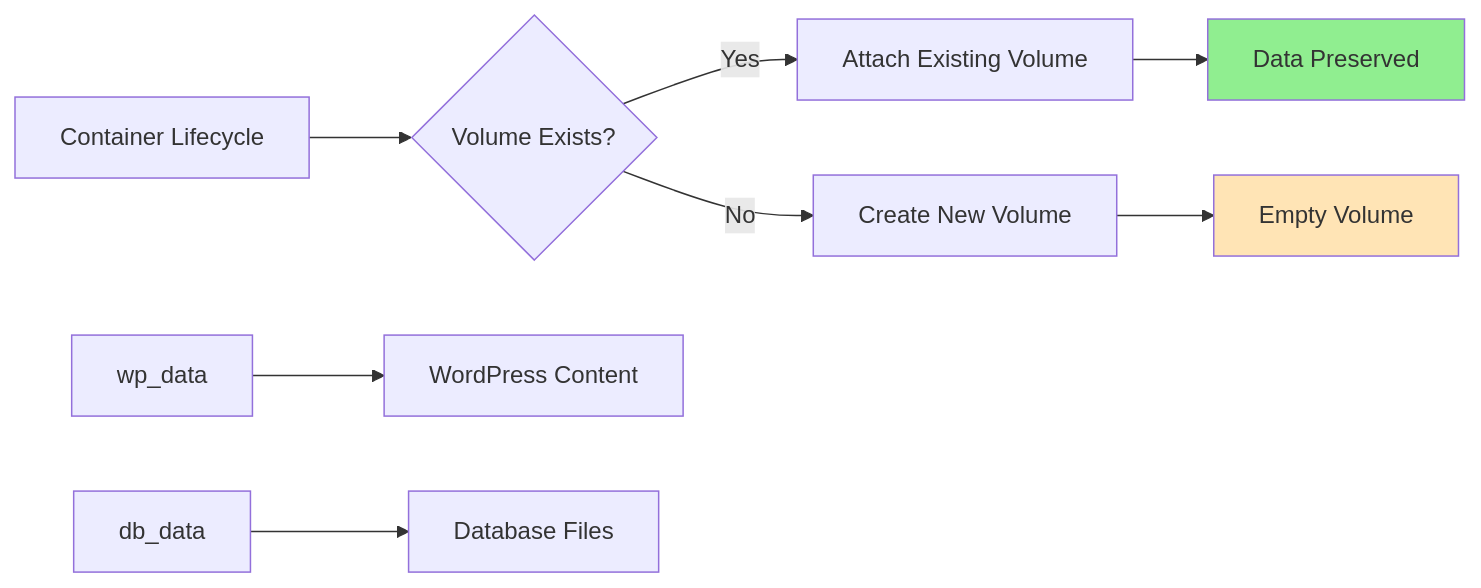
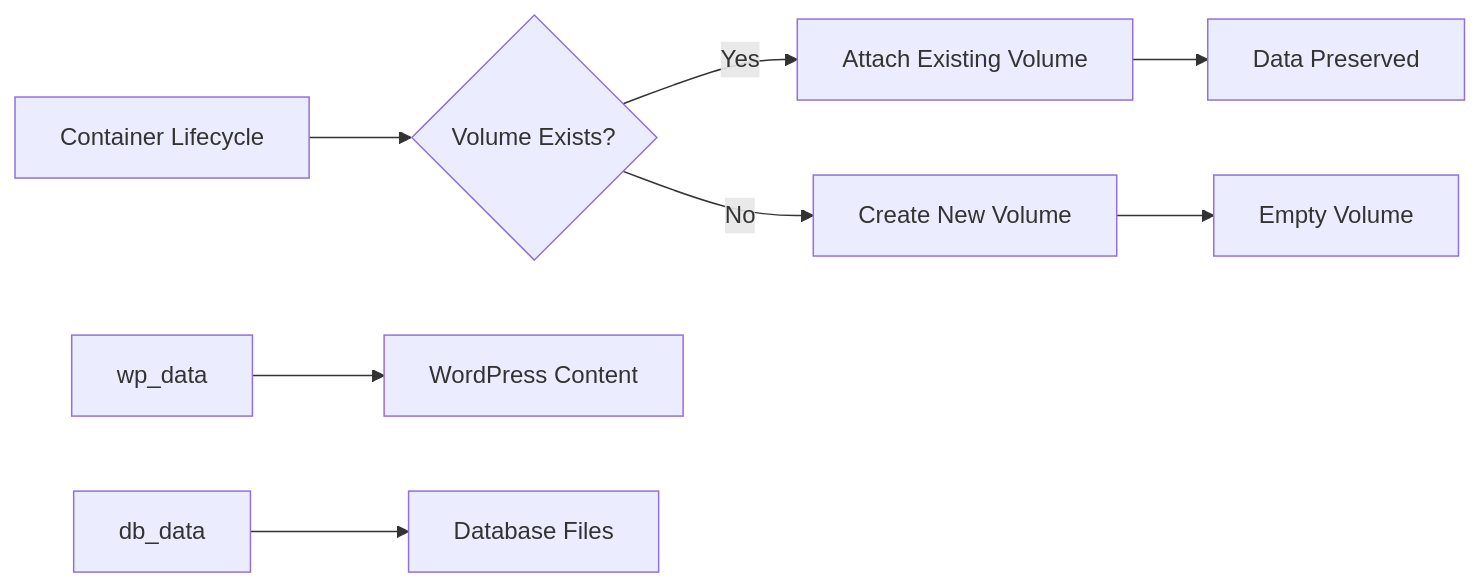
Before and after one commit to 4gh0rn/dev-blog: the ninth of 9 diagrams in docs/projects/wordpress.md, drawn with Mermaid. The commit also changed other lines of this file and 17 other files, not shown here.

````diff
--- a/docs/projects/wordpress.md
+++ b/docs/projects/wordpress.md
@@ -308,15 +285,12 @@
 ```mermaid
 graph LR
     A[Container Lifecycle] --> B{Volume Exists?}
     B -->|Yes| C[Attach Existing Volume]
     B -->|No| D[Create New Volume]
     
     C --> E[Data Preserved]
     D --> F[Empty Volume]
     
     G[wp_data] --> G1[WordPress Content]
     H[db_data] --> H1[Database Files]
-    
-    style E fill:#90EE90
-    style F fill:#FFE4B5
 ```
````
